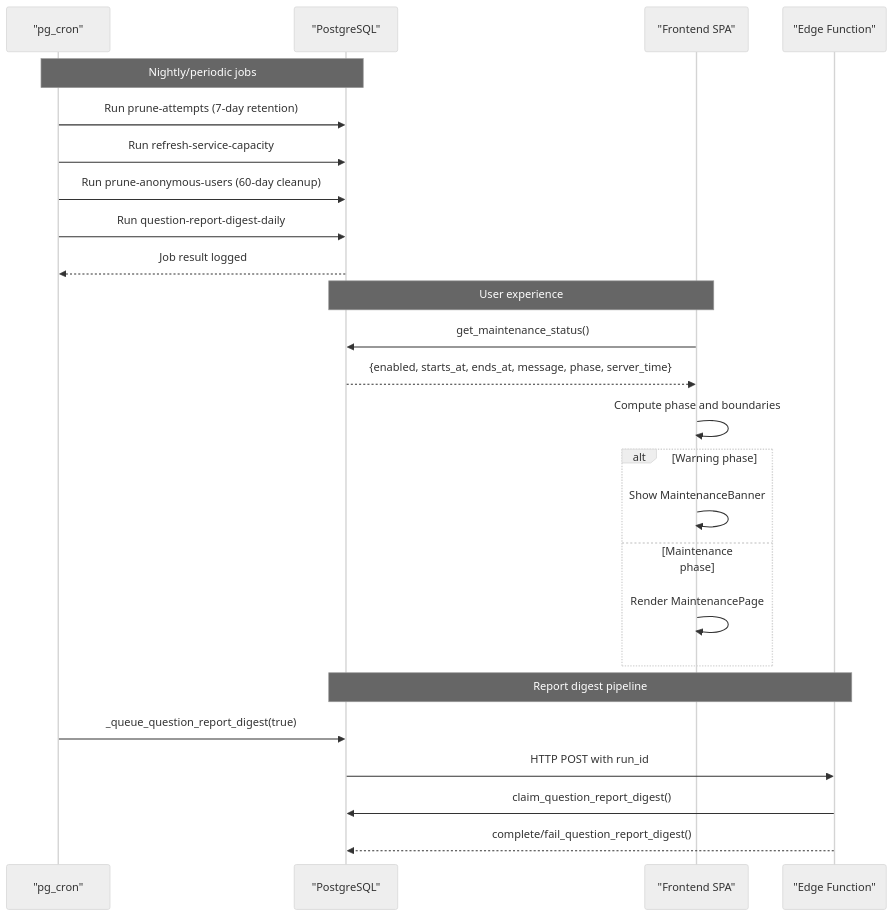
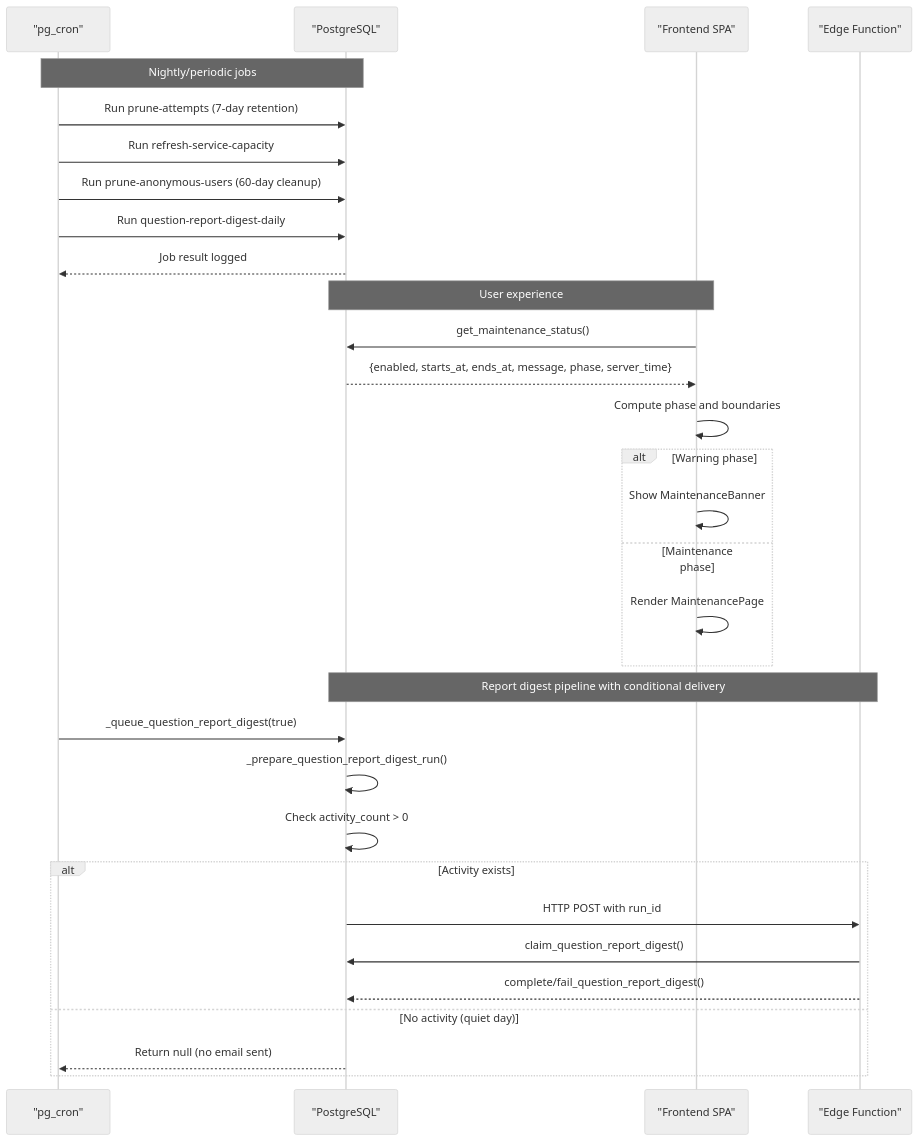
Before and after one commit to muhammadhabibullah/tbs-lpdp: the second of 8 diagrams in .qoder/repowiki/en/content/Monitoring and Maintenance/Maintenance System.md, drawn with Mermaid (neutral theme). The commit also changed other lines of this file and 6 other files, not shown here.

````diff
--- a/.qoder/repowiki/en/content/Monitoring and Maintenance/Maintenance System.md
+++ b/.qoder/repowiki/en/content/Monitoring and Maintenance/Maintenance System.md
@@ -104,27 +117,33 @@
 ```mermaid
 sequenceDiagram
 participant Cron as "pg_cron"
 participant DB as "PostgreSQL"
 participant FE as "Frontend SPA"
 participant EF as "Edge Function"
 Note over Cron,DB : Nightly/periodic jobs
 Cron->>DB : Run prune-attempts (7-day retention)
 Cron->>DB : Run refresh-service-capacity
 Cron->>DB : Run prune-anonymous-users (60-day cleanup)
 Cron->>DB : Run question-report-digest-daily
 DB-->>Cron : Job result logged
 Note over FE,DB : User experience
 FE->>DB : get_maintenance_status()
 DB-->>FE : {enabled, starts_at, ends_at, message, phase, server_time}
 FE->>FE : Compute phase and boundaries
 alt Warning phase
 FE->>FE : Show MaintenanceBanner
 else Maintenance phase
 FE->>FE : Render MaintenancePage
 end
-Note over DB,EF : Report digest pipeline
+Note over DB,EF : Report digest pipeline with conditional delivery
 Cron->>DB : _queue_question_report_digest(true)
+DB->>DB : _prepare_question_report_digest_run()
+DB->>DB : Check activity_count > 0
+alt Activity exists
 DB->>EF : HTTP POST with run_id
 EF->>DB : claim_question_report_digest()
 EF-->>DB : complete/fail_question_report_digest()
+else No activity (quiet day)
+DB-->>Cron : Return null (no email sent)
+end
 ```
````
